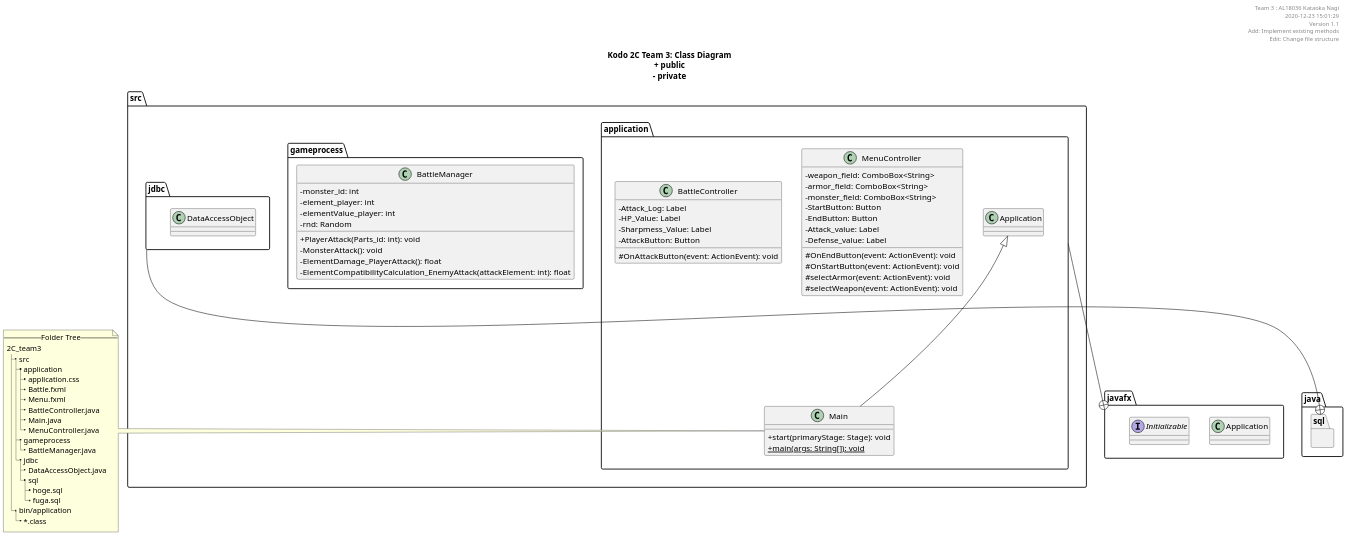
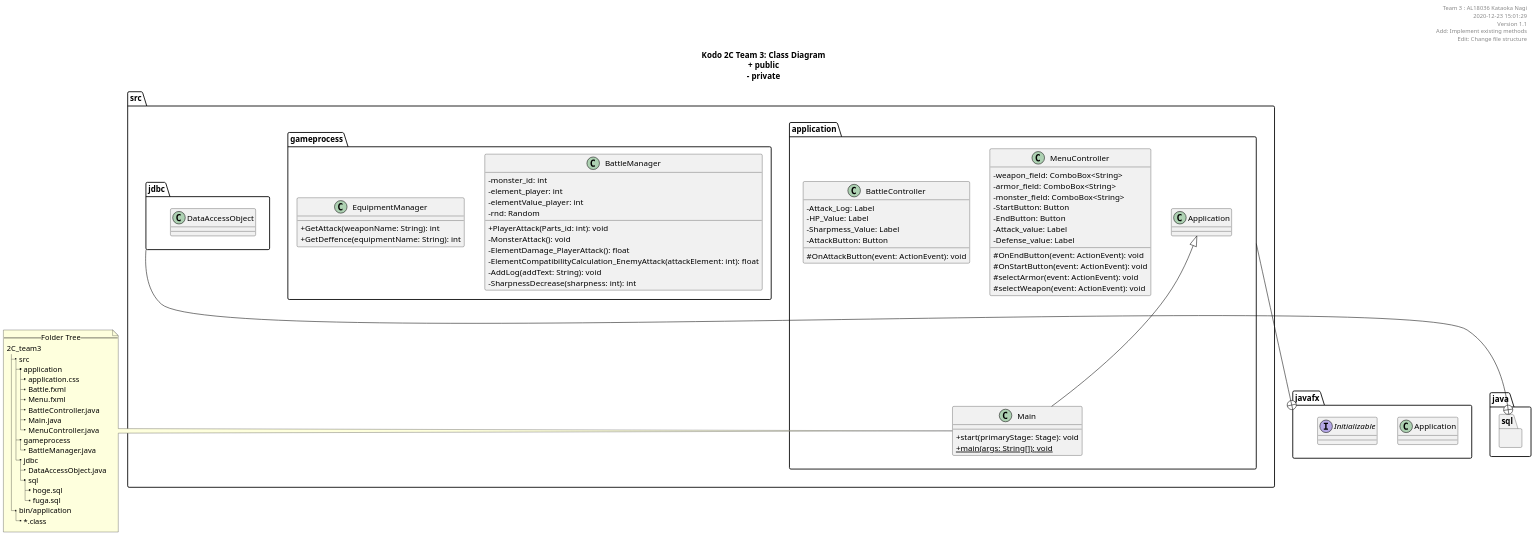
Before and after one commit to KataokaNagi/2C_team3: the diagram in uml/class_diagram.pu, drawn with PlantUML. The commit also changed other lines of this file, not shown here.

Commit message:
クラス図：gameprocessの追加コードを反映

```diff
--- a/uml/class_diagram.pu
+++ b/uml/class_diagram.pu
@@ -153,6 +153,14 @@
     - MonsterAttack(): void
     - ElementDamage_PlayerAttack(): float
     - ElementCompatibilityCalculation_EnemyAttack(attackElement: int): float
+    - AddLog(addText: String): void
+    - SharpnessDecrease(sharpness: int): int 
+  }
+
+  class EquipmentManager {
+    + GetAttack(weaponName: String): int
+    + GetDeffence(equipmentName: String): int
+  }
 }
 
 ''''''''''''''''''''''''''''''''''''''''''''''''''
```
